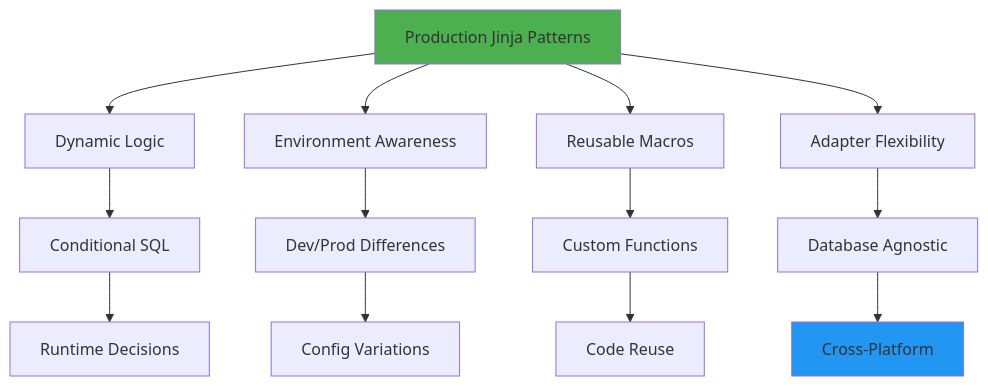
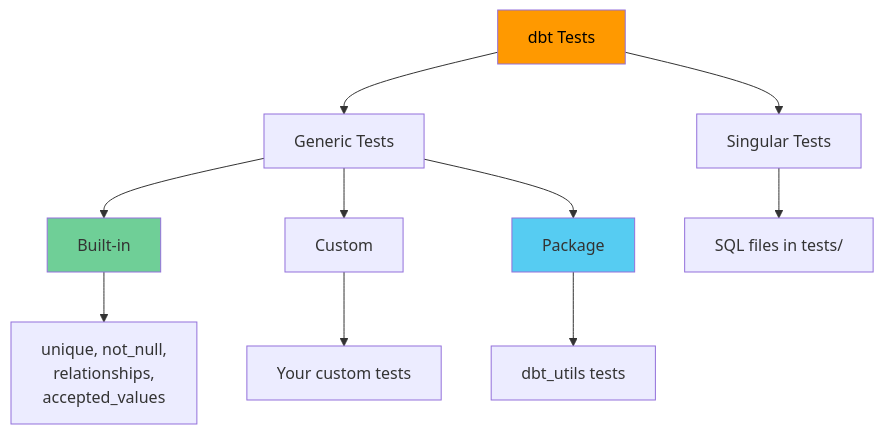
One commit to HemantSahuGit/data-engineering-notes changed diagram 17 of 17 in DBT/dbt_airbnb.md. Above: the diagram before and after it, drawn with Mermaid. The commit also changed other lines of this file, not shown here.

````diff
--- a/DBT/dbt_airbnb.md
+++ b/DBT/dbt_airbnb.md
@@ -1095,18 +3784,19 @@
-  ```mermaid
-  graph TD
-      A[Production Jinja Patterns] --> B[Dynamic Logic]
-      A --> C[Environment Awareness]
-      A --> D[Reusable Macros]
-      A --> E[Adapter Flexibility]
-      B --> F[Conditional SQL]
-      C --> G[Dev/Prod Differences]
-      D --> H[Custom Functions]
-      E --> I[Database Agnostic]
-      F --> J[Runtime Decisions]
-      G --> K[Config Variations]
-      H --> L[Code Reuse]
-      I --> M[Cross-Platform]
-
-      style A fill:#4caf50
-      style M fill:#2196f3
-  ```
+```mermaid
+graph TD
+    A[dbt Tests] --> B[Generic Tests]
+    A --> C[Singular Tests]
+    
+    B --> D[Built-in]
+    B --> E[Custom]
+    B --> F[Package]
+    
+    D --> G[unique, not_null,<br>relationships,<br>accepted_values]
+    E --> H[Your custom tests]
+    F --> I[dbt_utils tests]
+    
+    C --> J[SQL files in tests/]
+    
+    style A fill:#FF9900,color:#000
+    style D fill:#6FCF97
+    style F fill:#56CCF2
+```
````
